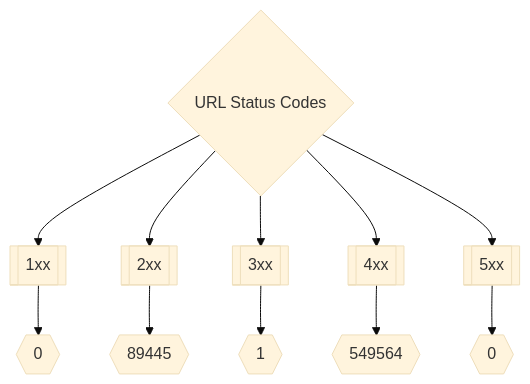
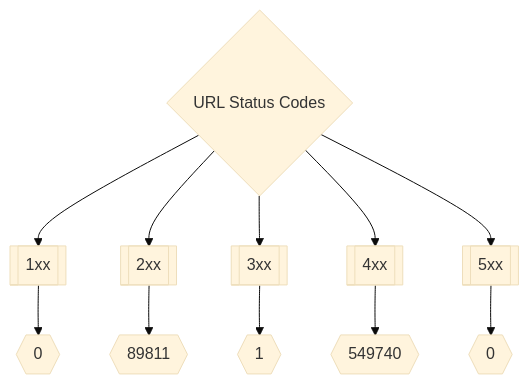
Before and after one commit to trickest/inventory: the second of 3 diagrams in README.md, drawn with Mermaid (base theme). The commit also changed other lines of this file, not shown here.

Commit message:
Update README.md Tue Jun 21 20:37:35 UTC 2022

````diff
--- a/README.md
+++ b/README.md
@@ -175,8 +175,8 @@
 ```mermaid
 graph TD
 title{URL Status Codes} --> 1xx[[1xx]] --> status1xxNum{{0}}
-title --> 2xx[[2xx]] --> status2xxNum{{89445}}
+title --> 2xx[[2xx]] --> status2xxNum{{89811}}
 title --> 3xx[[3xx]] --> status3xxNum{{1}}
-title --> 4xx[[4xx]] --> status4xxNum{{549564}}
+title --> 4xx[[4xx]] --> status4xxNum{{549740}}
 title --> 5xx[[5xx]] --> status5xxNum{{0}}
 ```
````
